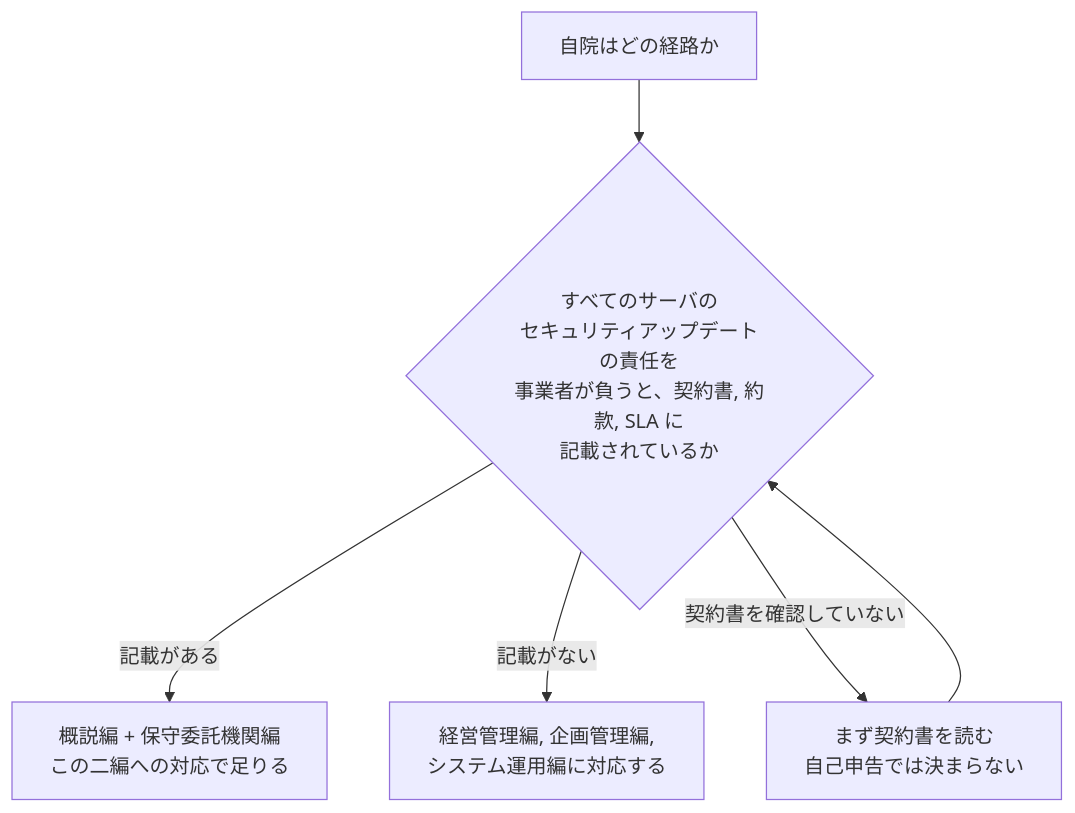
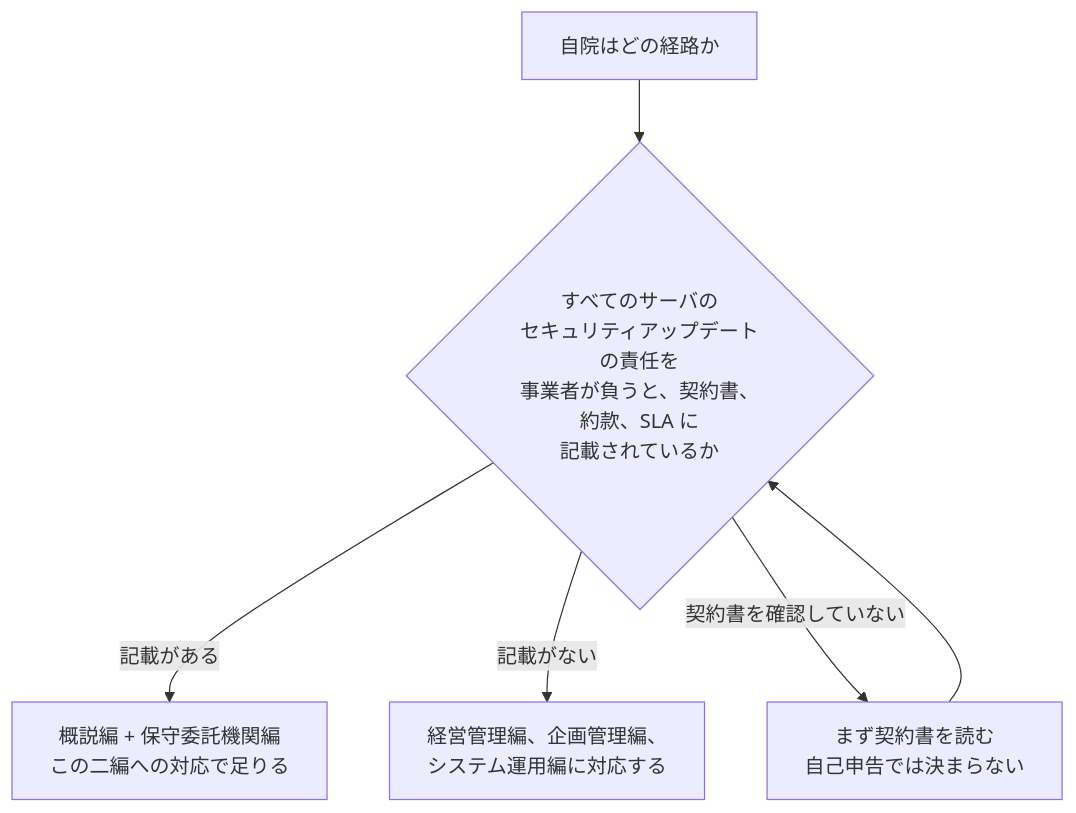
Before and after one commit to scgajge12/awesome-healthcare-security: the first of 2 diagrams in docs/governance/small-organizations.md, drawn with Mermaid. The commit also changed other lines of this file and 40 other files, not shown here.

````diff
--- a/docs/governance/small-organizations.md
+++ b/docs/governance/small-organizations.md
@@ -35,8 +35,8 @@
 ```mermaid
 flowchart TD
-    S["自院はどの経路か"] --> Q{"すべてのサーバの<br>セキュリティアップデートの責任を<br>事業者が負うと、契約書, 約款, SLA に<br>記載されているか"}
+    S["自院はどの経路か"] --> Q{"すべてのサーバの<br>セキュリティアップデートの責任を<br>事業者が負うと、契約書、約款、SLA に<br>記載されているか"}
     Q -->|記載がある| A["概説編 + 保守委託機関編<br>この二編への対応で足りる"]
-    Q -->|記載がない| B["経営管理編, 企画管理編,<br>システム運用編に対応する"]
+    Q -->|記載がない| B["経営管理編、企画管理編、<br>システム運用編に対応する"]
     Q -->|契約書を確認していない| C["まず契約書を読む<br>自己申告では決まらない"]
     C --> Q
 ```
````
